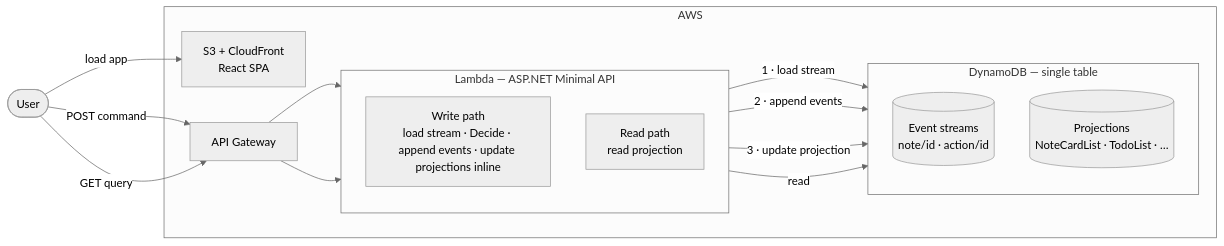
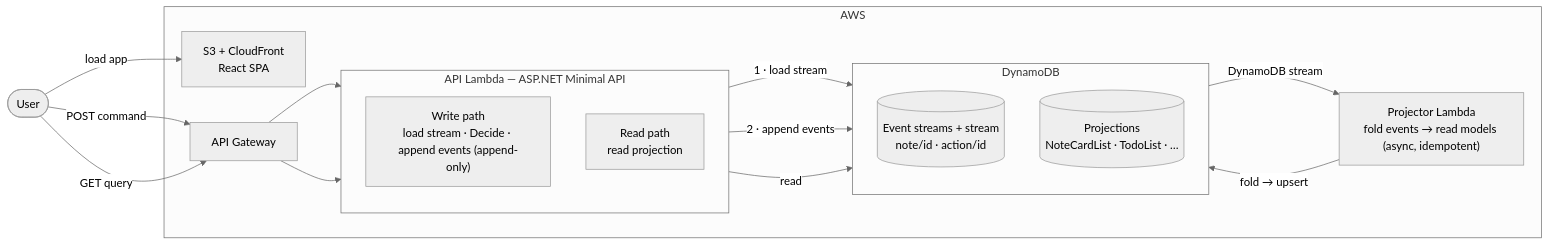
Before and after one commit to simonkirkham/ai-note-taker: the diagram in docs/architecture.md, drawn with Mermaid (neutral theme). The commit also changed other lines of this file and 2 other files, not shown here.

Commit message:
docs(27-C): architecture + ADR 0009 async cutover; async-proof projector test
- architecture.md: write path is append-only; projections async off the stream via
  the Projector Lambda; read-after-write eventually consistent; SyncProjectingEventStore
  for in-process hosts; redrawn diagram
- ADR 0009: implementation-status note (27-A/B/C landed, 27-D remaining)
- ProjectorTests: projection absent before ProcessStreams, present after (the lag window)

````diff
--- a/docs/architecture.md
+++ b/docs/architecture.md
@@ -60,33 +61,36 @@
 ```mermaid
 flowchart LR
     User([User])
 
     subgraph AWS [AWS]
         CDN["S3 + CloudFront\nReact SPA"]
         APIGW["API Gateway"]
 
-        subgraph Lambda ["Lambda — ASP.NET Minimal API"]
+        subgraph Lambda ["API Lambda — ASP.NET Minimal API"]
             direction TB
-            WR["Write path\nload stream · Decide · append events · update projections inline"]
+            WR["Write path\nload stream · Decide · append events (append-only)"]
             RD["Read path\nread projection"]
         end
 
-        subgraph DB ["DynamoDB — single table"]
+        PROJ["Projector Lambda\nfold events → read models (async, idempotent)"]
+
+        subgraph DB ["DynamoDB"]
             direction TB
-            ES[("Event streams\nnote/id · action/id")]
+            ES[("Event streams + stream\nnote/id · action/id")]
             RM[("Projections\nNoteCardList · TodoList · …")]
         end
     end
 
     User -- "load app" --> CDN
     User -- "POST command" --> APIGW
     User -- "GET query" --> APIGW
 
     APIGW --> WR
     APIGW --> RD
 
     WR -- "1 · load stream" --> ES
     WR -- "2 · append events" --> ES
-    WR -- "3 · update projection" --> RM
+    ES -- "DynamoDB stream" --> PROJ
+    PROJ -- "fold → upsert" --> RM
     RD -- "read" --> RM
 ```
````
